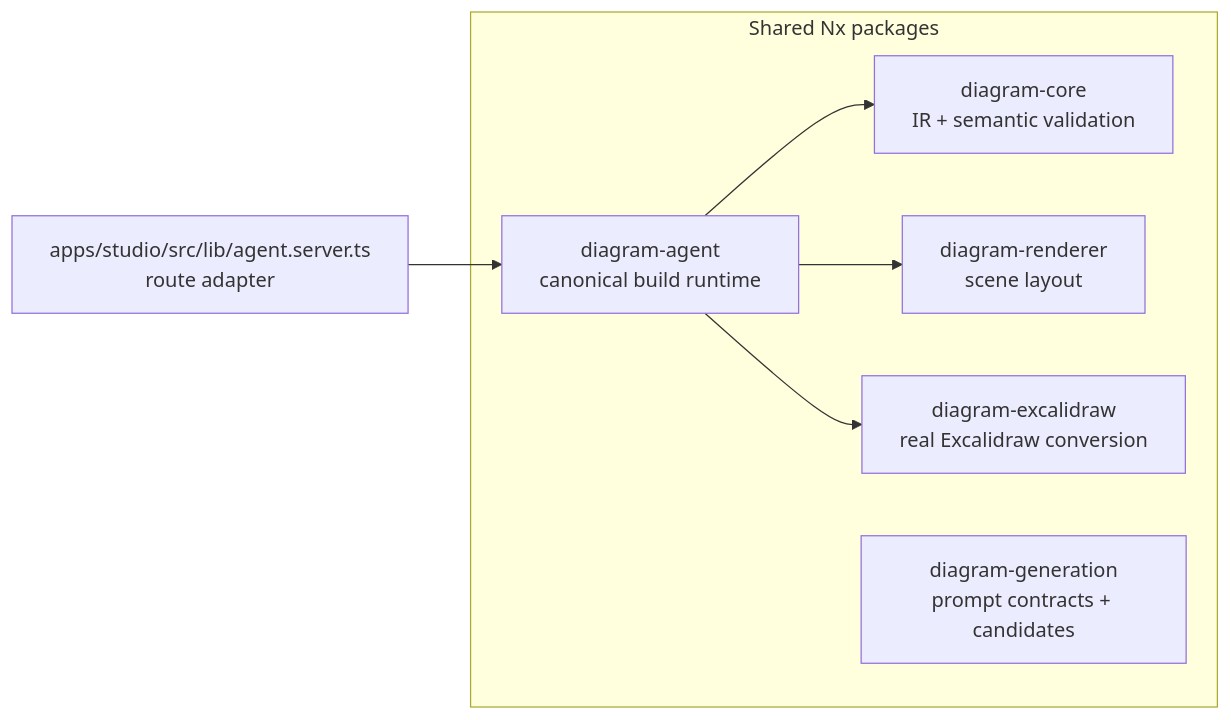
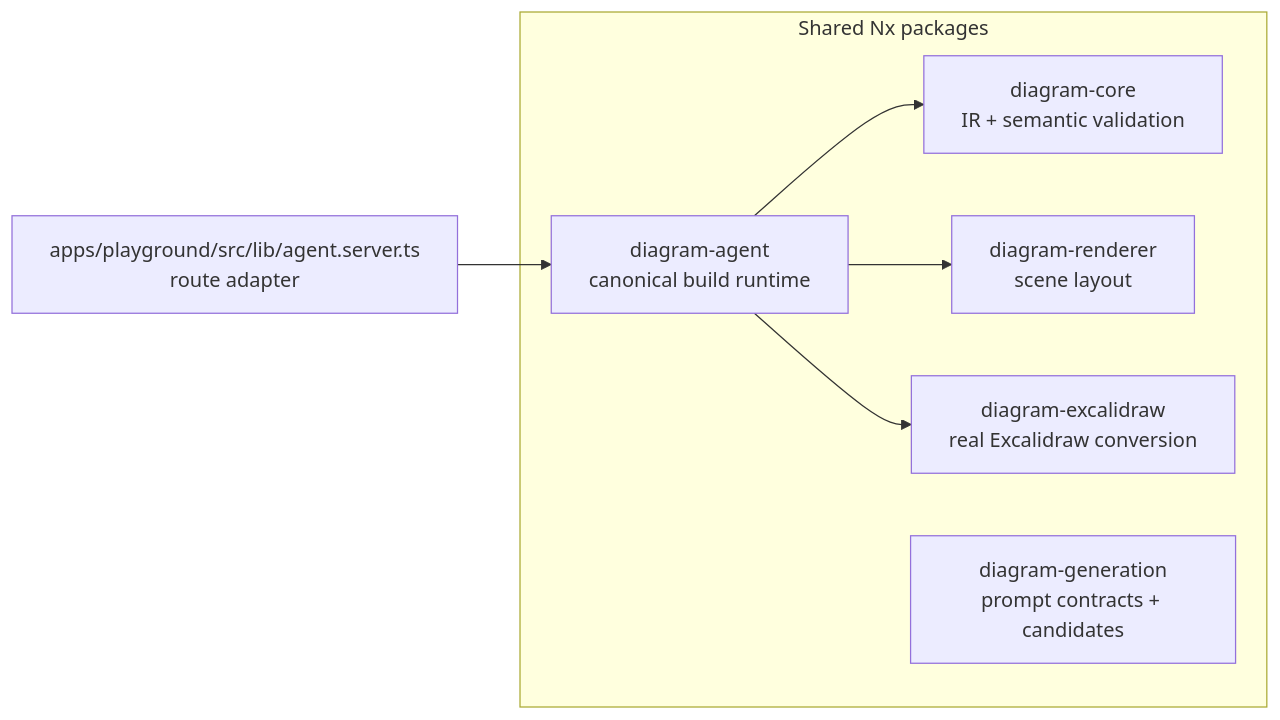
The third of 7 diagrams in docs/agentic-generation.md (shpitdev/sketchi), drawn with Mermaid before and after one commit. The commit also changed 130 other files, not shown here.

````diff
--- a/docs/agentic-generation.md
+++ b/docs/agentic-generation.md
@@ -61,17 +61,17 @@
 ```mermaid
 flowchart LR
-  AgentServer["apps/studio/src/lib/agent.server.ts<br/>route adapter"]
+  AgentServer["apps/playground/src/lib/agent.server.ts<br/>route adapter"]
 
   subgraph Packages["Shared Nx packages"]
     Core["diagram-core<br/>IR + semantic validation"]
     Renderer["diagram-renderer<br/>scene layout"]
     Excalidraw["diagram-excalidraw<br/>real Excalidraw conversion"]
     Generation["diagram-generation<br/>prompt contracts + candidates"]
     Agent["diagram-agent<br/>canonical build runtime"]
   end
 
   AgentServer --> Agent
   Agent --> Core
   Agent --> Renderer
   Agent --> Excalidraw
 ```
````
